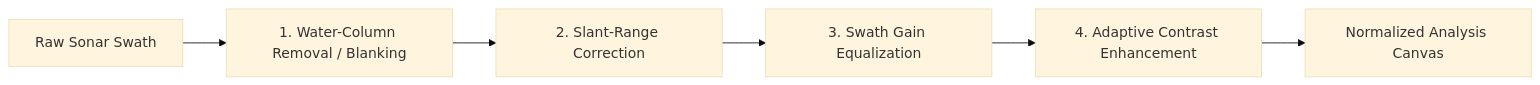
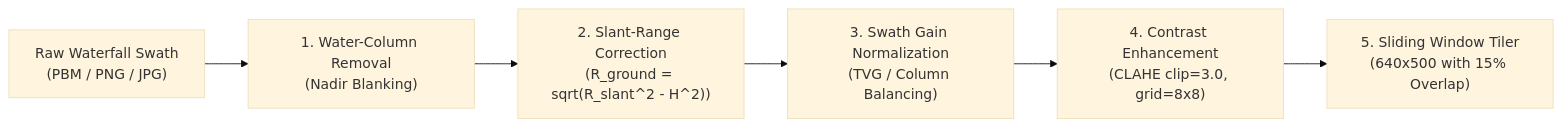
Before and after one commit to RaghavKacker/Aqua-Sentinel: the fifth of 11 diagrams in PROJECT_SPECIFICATION.md, drawn with Mermaid (base theme). The commit also changed other lines of this file, not shown here.

````diff
--- a/PROJECT_SPECIFICATION.md
+++ b/PROJECT_SPECIFICATION.md
@@ -422,8 +524,8 @@
 ```mermaid
 flowchart LR
-    RAW["Raw Sonar Swath"] --> WCR["1. Water-Column Removal / Blanking"]
-    WCR --> SRC["2. Slant-Range Correction"]
-    SRC --> GAIN["3. Swath Gain Equalization"]
-    GAIN --> CLAHE["4. Adaptive Contrast Enhancement"]
-    CLAHE --> OUT["Normalized Analysis Canvas"]
+    RAW["Raw Waterfall Swath<br/>(PBM / PNG / JPG)"] --> WCR["1. Water-Column Removal<br/>(Nadir Blanking)"]
+    WCR --> SLANT["2. Slant-Range Correction<br/>(R_ground = sqrt(R_slant^2 - H^2))"]
+    SLANT --> GAIN["3. Swath Gain Normalization<br/>(TVG / Column Balancing)"]
+    GAIN --> CLAHE["4. Contrast Enhancement<br/>(CLAHE clip=3.0, grid=8x8)"]
+    CLAHE --> TILE["5. Sliding Window Tiler<br/>(640x500 with 15% Overlap)"]
 ```
````
